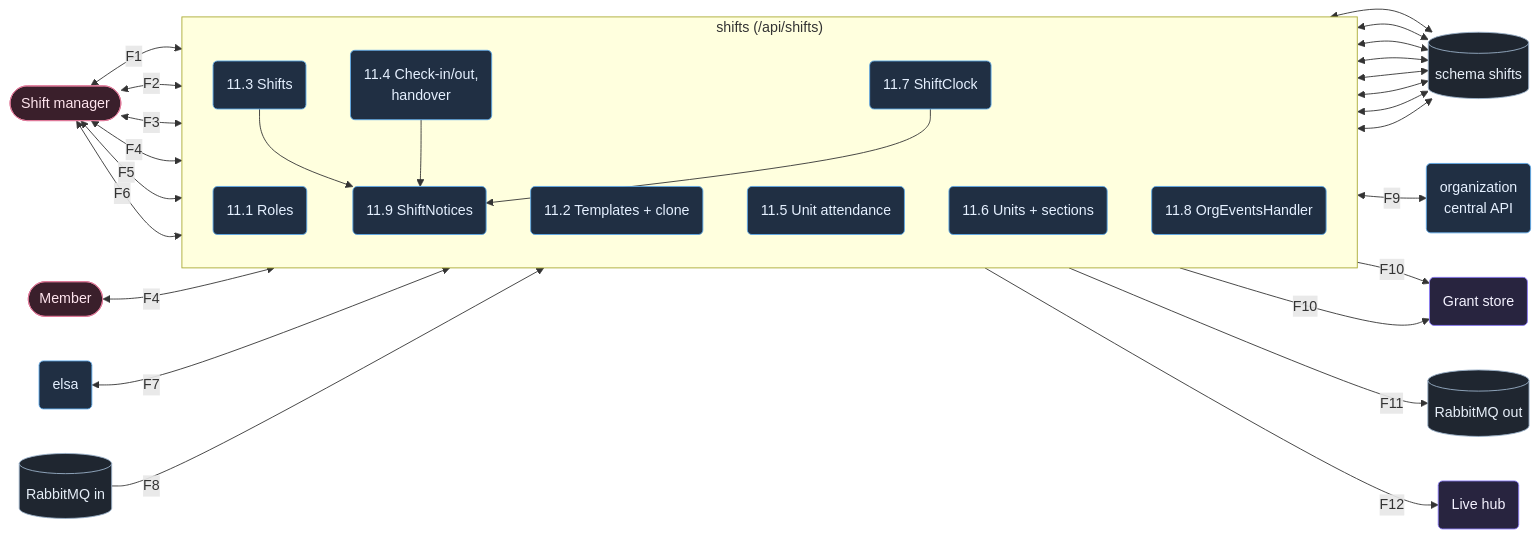
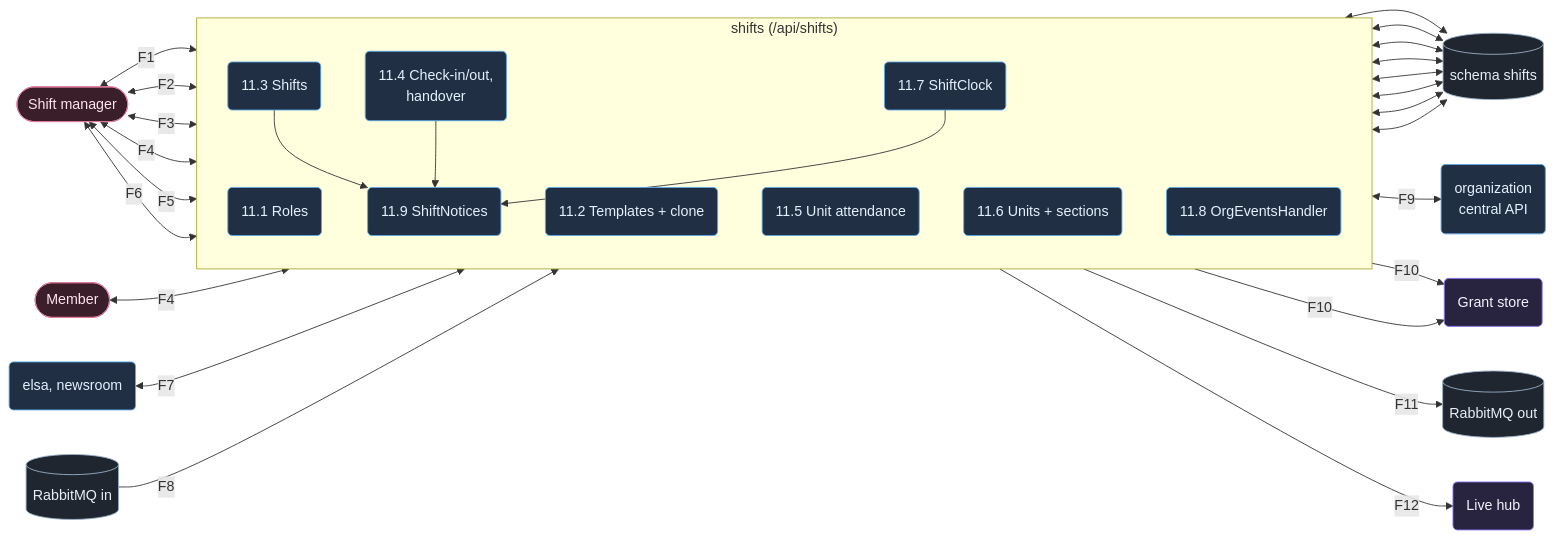
One commit to soft-square-net/ModularBlazor.Platform changed the diagram in docs/astro-modular-blazor-docs/curved-chasm/src/content/docs/architecture/dataflow/shifts.md. Above: the diagram before and after it, drawn with Mermaid. The commit also changed other lines of this file and 5 other files, not shown here.

First line of the commit message:
Bring the architecture pages up to NewsRoom N3 and Elsa E2

````diff
--- a/docs/astro-modular-blazor-docs/curved-chasm/src/content/docs/architecture/dataflow/shifts.md
+++ b/docs/astro-modular-blazor-docs/curved-chasm/src/content/docs/architecture/dataflow/shifts.md
@@ -12,47 +12,47 @@
 ```mermaid
 flowchart LR
   Mgr(["Shift manager"]):::ext
   Member(["Member"]):::ext
-  Elsa("elsa"):::custom
+  Elsa("elsa, newsroom"):::custom
   MQi[("RabbitMQ in")]:::store
 
   subgraph Shifts["shifts (/api/shifts)"]
     direction TB
     S1("11.1 Roles"):::custom
     S2("11.2 Templates + clone"):::custom
     S3("11.3 Shifts"):::custom
     S4("11.4 Check-in/out,<br/>handover"):::custom
     S5("11.5 Unit attendance"):::custom
     S6("11.6 Units + sections"):::custom
     S7("11.7 ShiftClock"):::custom
     S8("11.8 OrgEventsHandler"):::custom
     S9("11.9 ShiftNotices"):::custom
   end
 
   Db[("schema shifts")]:::store
   Org("organization<br/>central API"):::custom
   Grants("Grant store"):::core
   MQo[("RabbitMQ out")]:::store
   Live("Live hub"):::core
 
   Mgr <-->|F1| S1
   Mgr <-->|F2| S2
   Mgr <-->|F3| S3
   Member <-->|F4| S4
   Mgr <-->|F4| S4
   Mgr <-->|F5| S5
   Mgr <-->|F6| S6
   Elsa <-->|F7| S3
   MQi -->|F8| S8
   S1 & S2 & S3 & S4 & S5 & S6 & S7 & S8 <--> Db
   S6 <-->|F9| Org
   S4 & S7 -->|F10| Grants
   S3 & S4 & S7 --> S9
   S9 -->|F11| MQo
   S9 -->|F12| Live
 
   classDef core fill:#28243f,stroke:#8b7cf6,color:#f4f2ff
   classDef custom fill:#202f43,stroke:#5da9e9,color:#e5f0ff
   classDef ext fill:#3a1f2b,stroke:#e07a9a,color:#ffe5ee
   classDef store fill:#1f2630,stroke:#9ab0c8,color:#e6eef8
 ```
````
